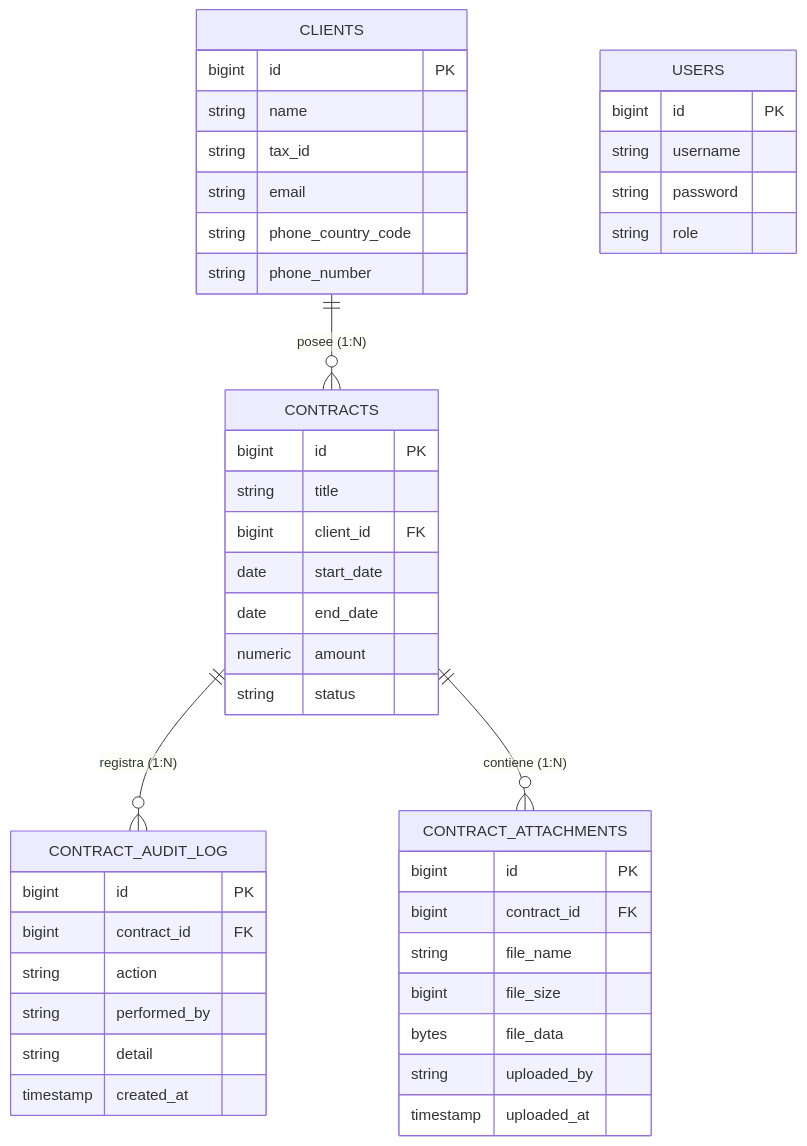
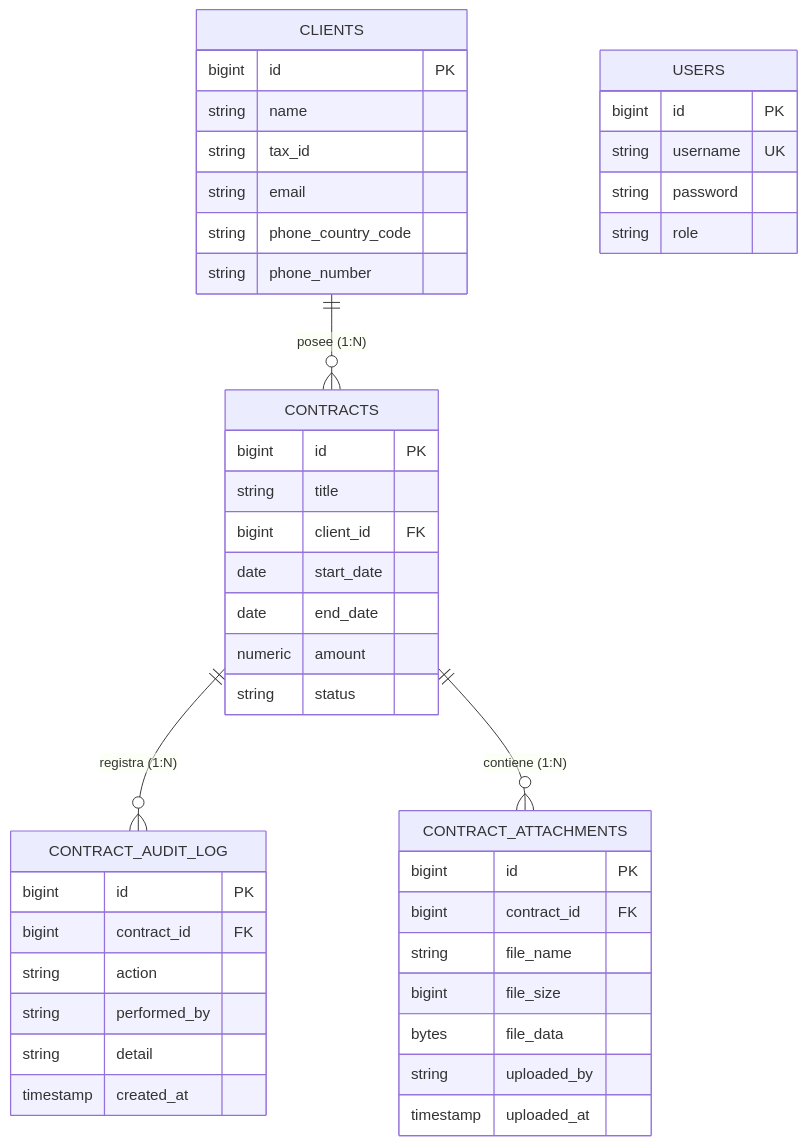
One commit to magostinaelli/Contract-Manager changed the diagram in docs/01-der-database.md. Above: the diagram before and after it, drawn with Mermaid. The commit also changed 3 other files, not shown here.

````diff
--- a/docs/01-der-database.md
+++ b/docs/01-der-database.md
@@ -1,54 +1,54 @@
 ```mermaid
 
 erDiagram
     CLIENTS ||--o{ CONTRACTS : "posee (1:N)"
     CONTRACTS ||--o{ CONTRACT_AUDIT_LOG : "registra (1:N)"
     CONTRACTS ||--o{ CONTRACT_ATTACHMENTS : "contiene (1:N)"
 
     CLIENTS {
         bigint id PK
         string name
         string tax_id
         string email
         string phone_country_code
         string phone_number
     }
 
     CONTRACTS {
         bigint id PK
         string title
         bigint client_id FK
         date start_date
         date end_date
         numeric amount
         string status
     }
 
     USERS {
         bigint id PK
-        string username
+        string username UK
         string password
         string role
     }
 
     CONTRACT_AUDIT_LOG {
         bigint id PK
         bigint contract_id FK
         string action
         string performed_by
         string detail
         timestamp created_at
     }
 
     CONTRACT_ATTACHMENTS {
         bigint id PK
         bigint contract_id FK
         string file_name
         bigint file_size
         bytes file_data
         string uploaded_by
         timestamp uploaded_at
     }
 
 
 ```
````
